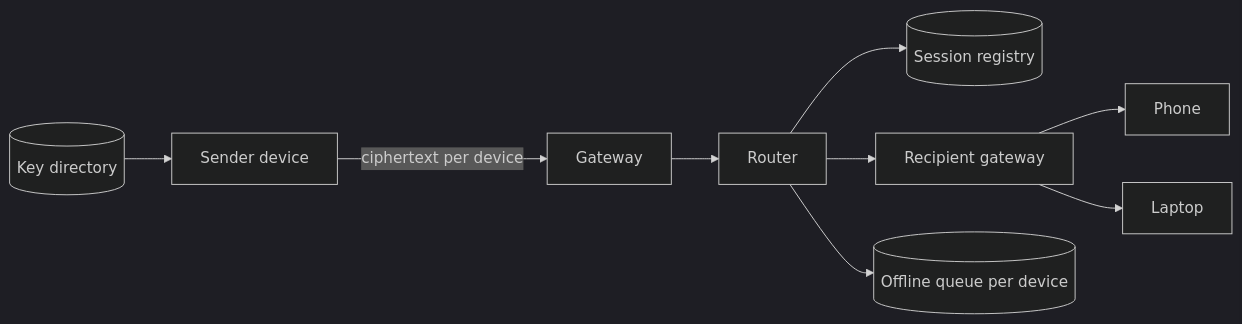
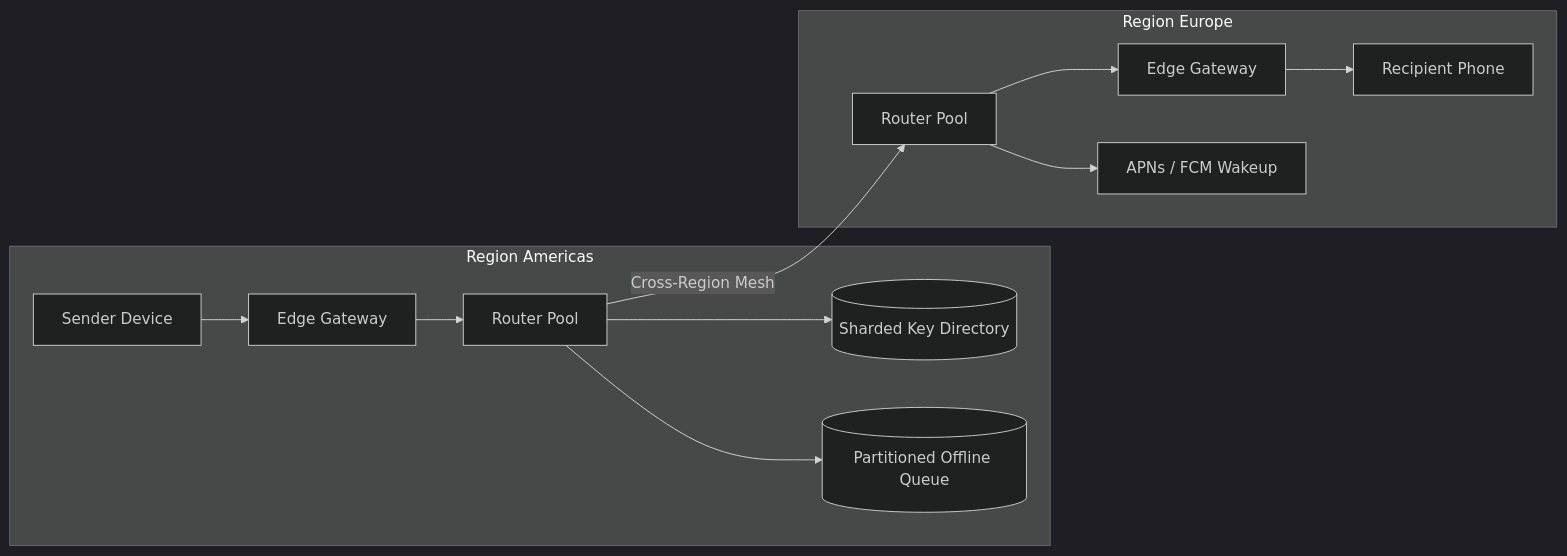
One commit to TapanKumarBarik/Backend-roadmap changed the third of 5 diagrams in content/system-design/22-interview-design-problems/07-whatsapp-like-messaging/README.md. Above: the diagram before and after it, drawn with Mermaid (dark theme). The commit also changed other lines of this file and 37 other files, not shown here.

Commit message:
Upgrade Track 22 (37 interview design problems) with scale-by-scale architecture evolution

````diff
--- a/content/system-design/22-interview-design-problems/07-whatsapp-like-messaging/README.md
+++ b/content/system-design/22-interview-design-problems/07-whatsapp-like-messaging/README.md
@@ -108,11 +190,15 @@
 ```mermaid
 flowchart LR
-  A["Sender device"] -- "ciphertext per device" --> GW1["Gateway"]
-  GW1 --> R["Router"]
-  R --> SR[("Session registry")]
-  R --> GW2["Recipient gateway"]
-  GW2 --> B1["Phone"]
-  GW2 --> B2["Laptop"]
-  R --> OQ[("Offline queue per device")]
-  KD[("Key directory")] --> A
+  subgraph Reg1["Region Americas"]
+    D1["Sender Device"] --> GW1["Edge Gateway"]
+    GW1 --> RT1["Router Pool"]
+    RT1 --> KD[("Sharded Key Directory")]
+    RT1 --> OQ1[("Partitioned Offline Queue")]
+  end
+  subgraph Reg2["Region Europe"]
+    RT1 -- "Cross-Region Mesh" --> RT2["Router Pool"]
+    RT2 --> GW2["Edge Gateway"]
+    GW2 --> D2["Recipient Phone"]
+    RT2 --> PN["APNs / FCM Wakeup"]
+  end
 ```
````
